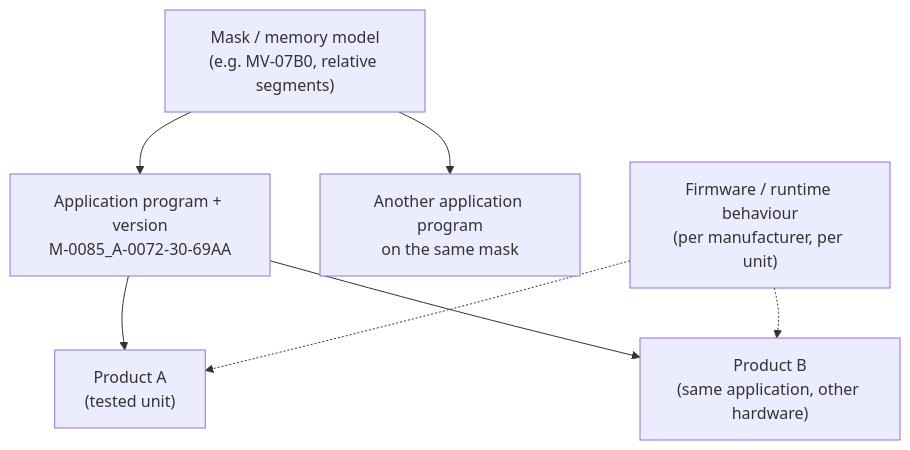
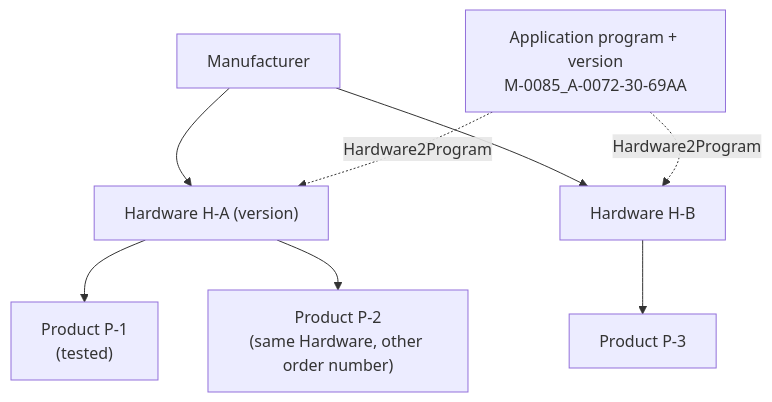
One commit to busforge/busforge changed the diagram in docs/evidence-contract.md. Above: the diagram before and after it, drawn with Mermaid. The commit also changed other lines of this file and 3 other files, not shown here.

````diff
--- a/docs/evidence-contract.md
+++ b/docs/evidence-contract.md
@@ -74,9 +77,10 @@
 ```mermaid
 flowchart TD
-  M["Mask / memory model<br/>(e.g. MV-07B0, relative segments)"] --> A1["Application program + version<br/>M-0085_A-0072-30-69AA"]
-  M --> A2["Another application program<br/>on the same mask"]
-  A1 --> P1["Product A<br/>(tested unit)"]
-  A1 --> P2["Product B<br/>(same application, other hardware)"]
-  F["Firmware / runtime behaviour<br/>(per manufacturer, per unit)"] -.-> P1
-  F -.-> P2
+  MAN["Manufacturer"] --> HW1["Hardware H-A (version)"]
+  MAN --> HW2["Hardware H-B"]
+  HW1 --> P1["Product P-1<br/>(tested)"]
+  HW1 --> P2["Product P-2<br/>(same Hardware, other order number)"]
+  HW2 --> P3["Product P-3"]
+  AP["Application program + version<br/>M-0085_A-0072-30-69AA"] -.->|Hardware2Program| HW1
+  AP -.->|Hardware2Program| HW2
 ```
````
